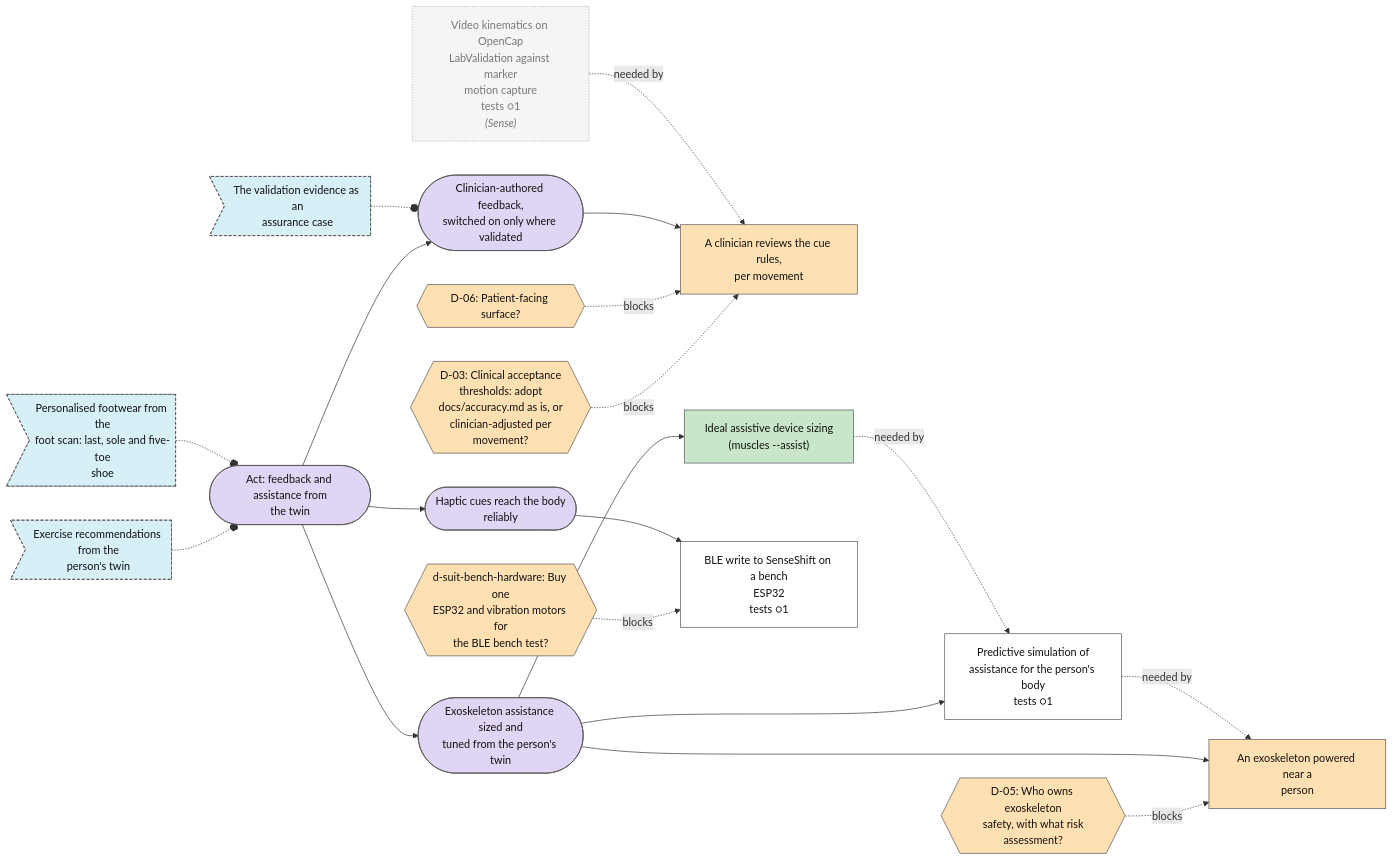
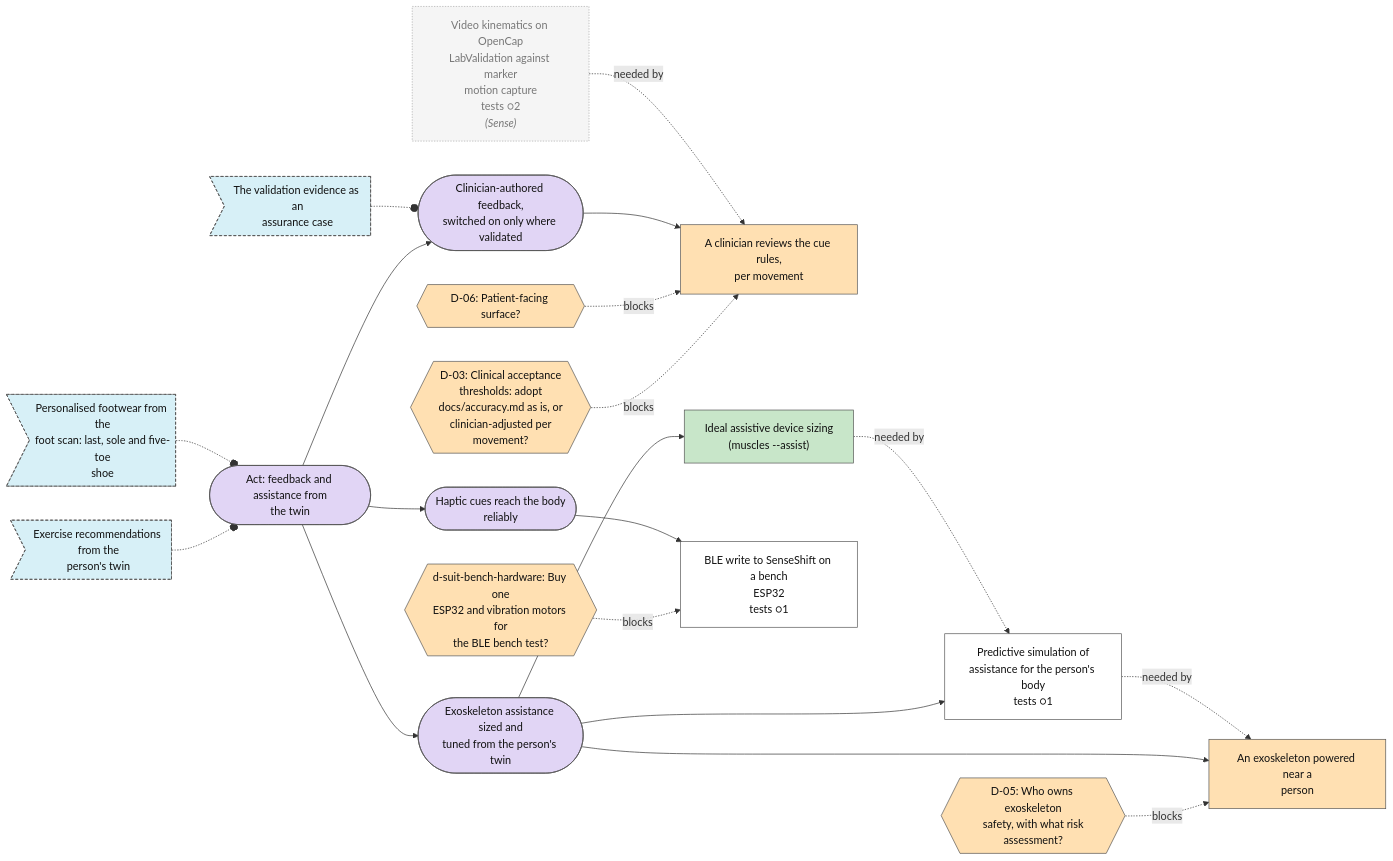
Before and after one commit to Sigurius23/Rehab-agent: the sixth of 7 diagrams in plan/MAP.md, drawn with Mermaid. The commit also changed other lines of this file and 13 other files, not shown here.

````diff
--- a/plan/MAP.md
+++ b/plan/MAP.md
@@ -358,57 +358,57 @@
 ```mermaid
 flowchart LR
   n0{{"D-03: Clinical acceptance<br/>thresholds: adopt<br/>docs/accuracy.md as is, or<br/>clinician-adjusted per<br/>movement?"}}:::decision_open
   n1{{"D-05: Who owns exoskeleton<br/>safety, with what risk<br/>assessment?"}}:::decision_open
   n2{{"D-06: Patient-facing surface?"}}:::decision_open
   n3["A clinician reviews the cue rules,<br/>per movement"]:::step_blocked
   n4{{"d-suit-bench-hardware: Buy one<br/>ESP32 and vibration motors for<br/>the BLE bench test?"}}:::decision_open
   n5["Predictive simulation of<br/>assistance for the person's body<br/>tests ○1"]:::step_open
   n6["An exoskeleton powered near a<br/>person"]:::step_blocked
   n7["Ideal assistive device sizing<br/>(muscles --assist)"]:::step_done
   n8(["Clinician-authored feedback,<br/>switched on only where validated"]):::goal_open
   n9(["Exoskeleton assistance sized and<br/>tuned from the person's twin"]):::goal_open
   n10(["Haptic cues reach the body<br/>reliably"]):::goal_open
   n11>"The validation evidence as an<br/>assurance case"]:::idea_new
   n12>"Exercise recommendations from the<br/>person's twin"]:::idea_new
   n13>"Personalised footwear from the<br/>foot scan: last, sole and five-toe<br/>shoe"]:::idea_new
   n14(["Act: feedback and assistance from<br/>the twin"]):::goal_open
   n15["BLE write to SenseShift on a bench<br/>ESP32<br/>tests ○1"]:::step_open
-  n16["Video kinematics on OpenCap<br/>LabValidation against marker<br/>motion capture<br/>tests ○1<br/><i>(Sense)</i>"]:::external
+  n16["Video kinematics on OpenCap<br/>LabValidation against marker<br/>motion capture<br/>tests ○2<br/><i>(Sense)</i>"]:::external
   n0 -. blocks .-> n3
   n1 -. blocks .-> n6
   n2 -. blocks .-> n3
   n8 --> n3
   n16 -. needed by .-> n3
   n4 -. blocks .-> n15
   n9 --> n5
   n7 -. needed by .-> n5
   n9 --> n6
   n5 -. needed by .-> n6
   n9 --> n7
   n14 --> n8
   n14 --> n9
   n14 --> n10
   n11 -.-o n8
   n12 -.-o n14
   n13 -.-o n14
   n10 --> n15
   classDef goal_open fill:#e1d5f5,stroke:#555,color:#111
   classDef goal_done fill:#c8e6c9,stroke:#555,color:#111
   classDef step_open fill:#ffffff,stroke:#555,color:#111
   classDef step_doing fill:#fff3c4,stroke:#555,color:#111
   classDef step_done fill:#c8e6c9,stroke:#555,color:#111
   classDef step_blocked fill:#ffe0b2,stroke:#555,color:#111
   classDef step_dropped fill:#eeeeee,stroke:#555,color:#111
   classDef test_planned fill:#ffffff,stroke:#555,color:#111
   classDef test_running fill:#fff3c4,stroke:#555,color:#111
   classDef test_passed fill:#c8e6c9,stroke:#555,color:#111
   classDef test_failed fill:#ffcdd2,stroke:#555,color:#111
   classDef test_mixed fill:#fff3c4,stroke:#555,color:#111
   classDef test_dropped fill:#eeeeee,stroke:#555,color:#111
   classDef idea_new fill:#d7f0f7,stroke:#555,color:#111,stroke-dasharray: 4 3
   classDef idea_promoted fill:#eeeeee,stroke:#555,color:#111,stroke-dasharray: 4 3
   classDef idea_dropped fill:#eeeeee,stroke:#555,color:#111,stroke-dasharray: 4 3
   classDef decision_open fill:#ffe0b2,stroke:#555,color:#111
   classDef decision_decided fill:#ffe0b2,stroke:#555,color:#111
   classDef external fill:#f5f5f5,stroke:#aaa,color:#777,stroke-dasharray: 2 2
 ```
````
